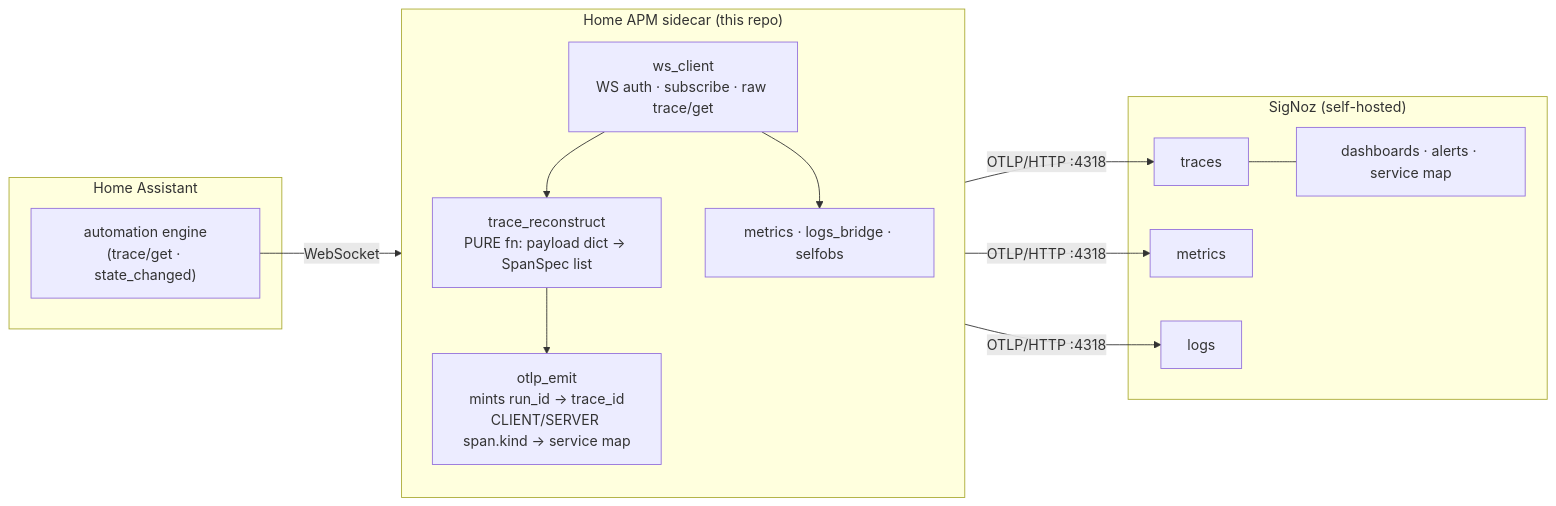
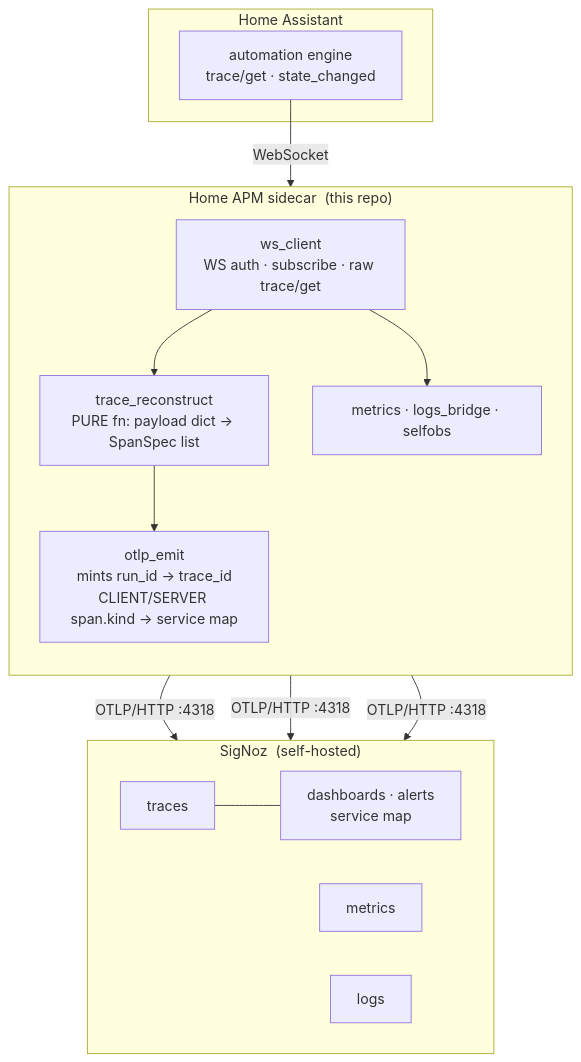
The diagram in docs/diagrams/architecture.mmd (wiz-abhi/Home-APM), drawn with Mermaid before and after one commit. The commit also changed 7 other files, not shown here.

Commit message:
docs: re-layout diagrams vertical + larger font for readability, tuned display widths

```diff
--- a/docs/diagrams/architecture.mmd
+++ b/docs/diagrams/architecture.mmd
@@ -1,24 +1,25 @@
-flowchart LR
+flowchart TB
     subgraph HA["Home Assistant"]
-      AE["automation engine<br/>(trace/get · state_changed)"]
+      AE["automation engine<br/>trace/get · state_changed"]
     end
-    subgraph SIDE["Home APM sidecar (this repo)"]
+    subgraph SIDE["Home APM sidecar &nbsp;(this repo)"]
       direction TB
       WS["ws_client<br/>WS auth · subscribe · raw trace/get"]
       TR["trace_reconstruct<br/>PURE fn: payload dict → SpanSpec list"]
       EM["otlp_emit<br/>mints run_id → trace_id<br/>CLIENT/SERVER span.kind → service map"]
       MET["metrics · logs_bridge · selfobs"]
       WS --> TR --> EM
       WS --> MET
     end
-    subgraph SZ["SigNoz (self-hosted)"]
+    subgraph SZ["SigNoz &nbsp;(self-hosted)"]
+      direction LR
       T["traces"]
       M["metrics"]
       L["logs"]
-      D["dashboards · alerts · service map"]
+      D["dashboards · alerts<br/>service map"]
+      T --- D
     end
-    AE -- "WebSocket" --> WS
-    EM -- "OTLP/HTTP :4318" --> T
-    MET -- "OTLP/HTTP :4318" --> M
-    MET -- "OTLP/HTTP :4318" --> L
-    T --- D
+    AE -->|"WebSocket"| WS
+    EM -->|"OTLP/HTTP :4318"| T
+    MET -->|"OTLP/HTTP :4318"| M
+    MET -->|"OTLP/HTTP :4318"| L
```
